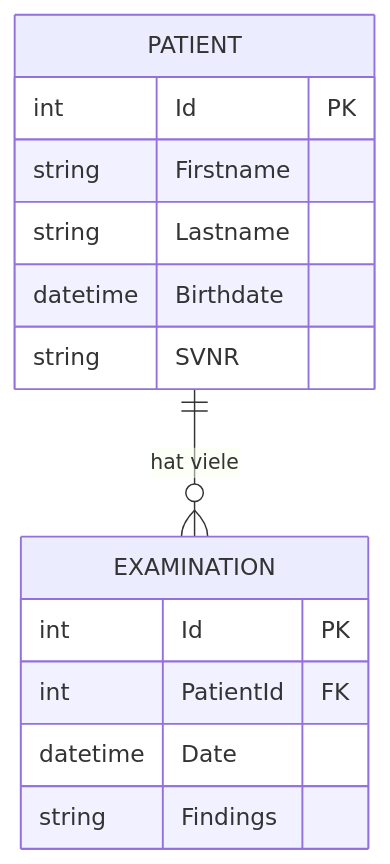
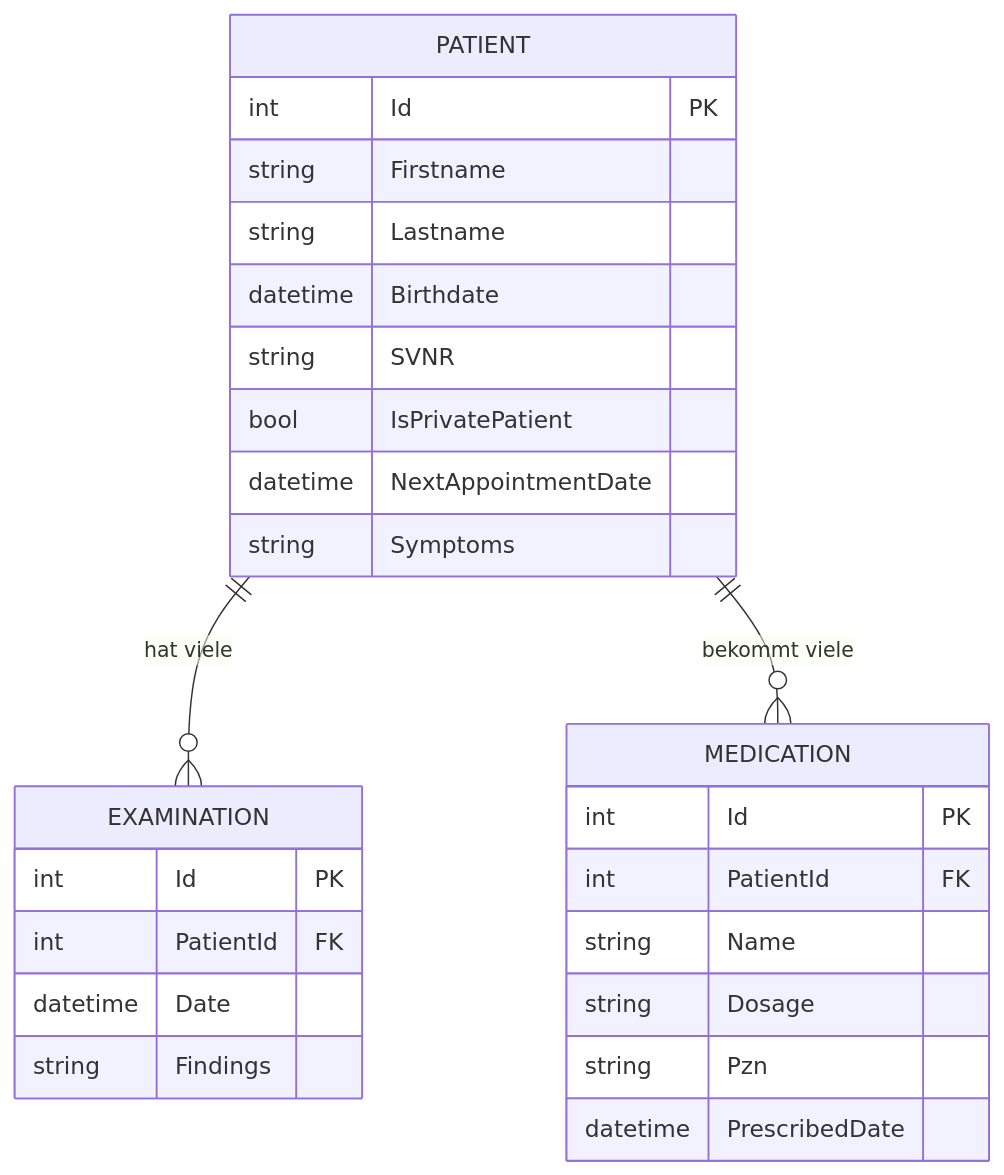
Before and after one commit to T-Boyke/C-Sharp-ASP-Fundamentals: the sixth of 6 diagrams in 07_Patienten/docs/07_Patienten_UML_Architecture.md, drawn with Mermaid. The commit also changed other lines of this file and 3 other files, not shown here.

````diff
--- a/07_Patienten/docs/07_Patienten_UML_Architecture.md
+++ b/07_Patienten/docs/07_Patienten_UML_Architecture.md
@@ -129,17 +155,29 @@
 ```mermaid
 erDiagram
     PATIENT ||--o{ EXAMINATION : "hat viele"
+    PATIENT ||--o{ MEDICATION : "bekommt viele"
     PATIENT {
         int Id PK
         string Firstname
         string Lastname
         datetime Birthdate
         string SVNR
+        bool IsPrivatePatient
+        datetime NextAppointmentDate
+        string Symptoms
     }
     EXAMINATION {
         int Id PK
         int PatientId FK
         datetime Date
         string Findings
     }
+    MEDICATION {
+        int Id PK
+        int PatientId FK
+        string Name
+        string Dosage
+        string Pzn
+        datetime PrescribedDate
+    }
 ```
````
